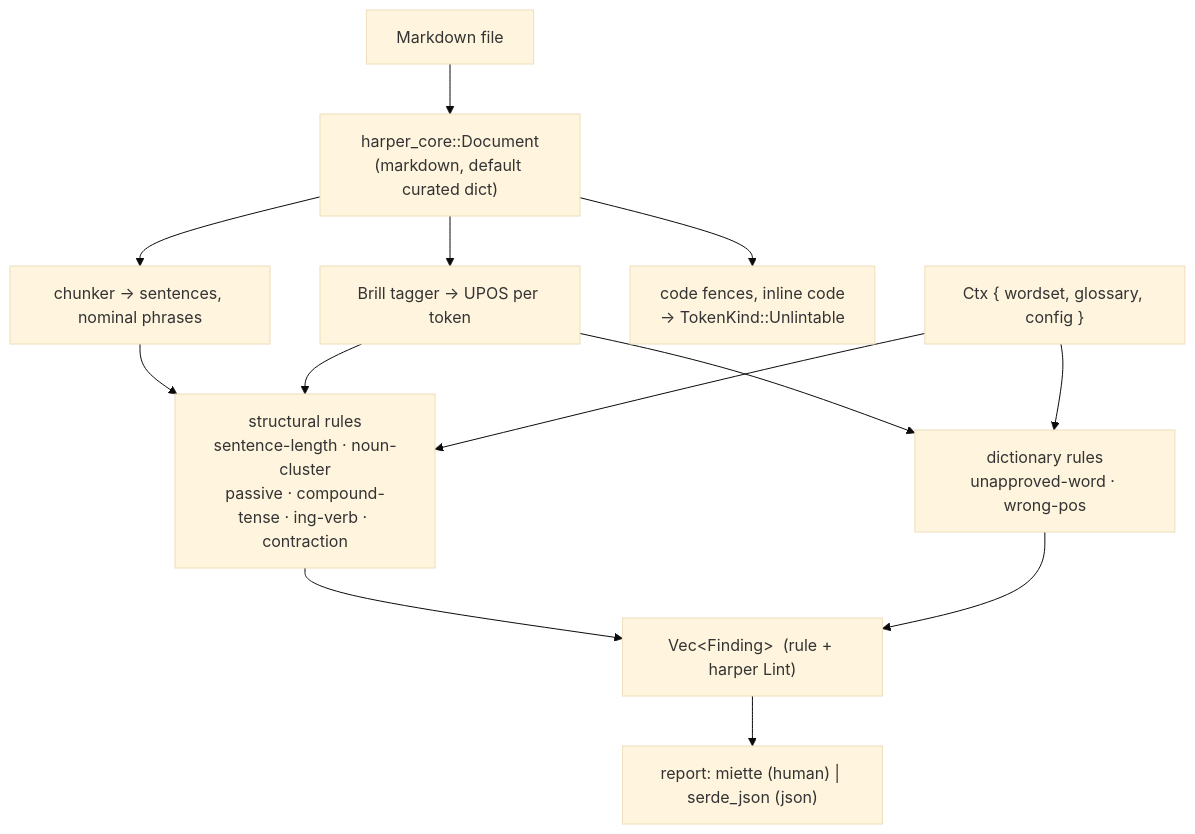
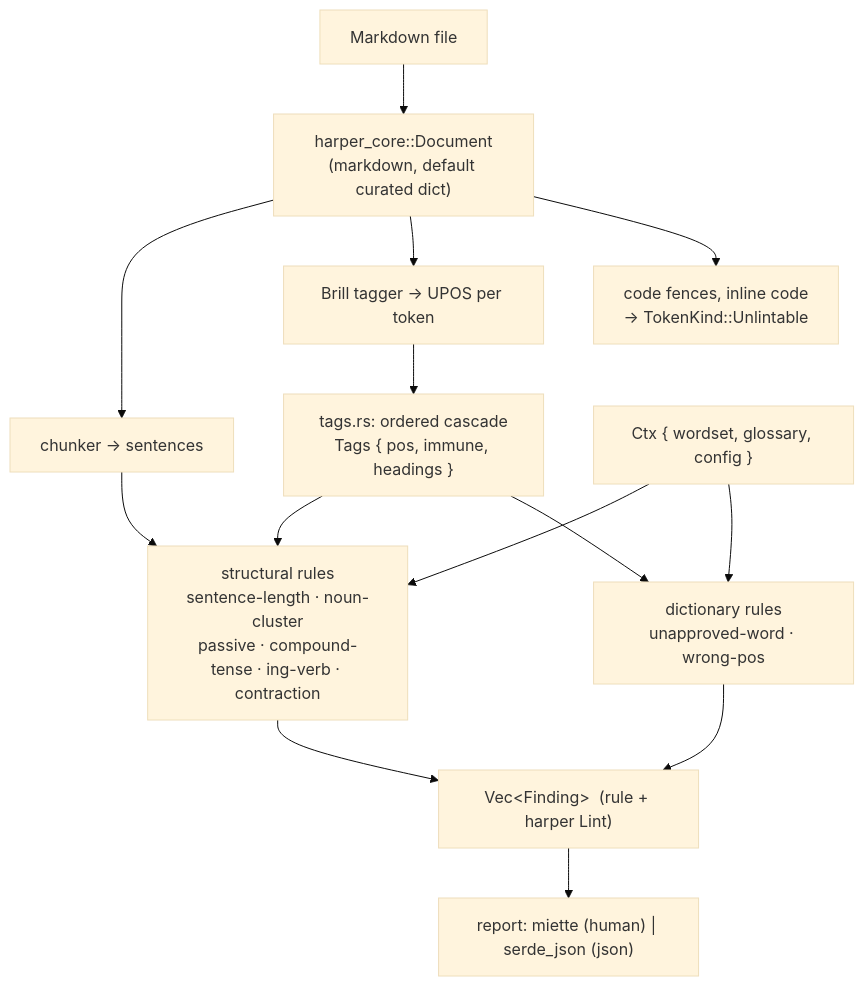
Before and after one commit to valeratrades/ste_checker: the diagram in docs/ARCHITECTURE.md, drawn with Mermaid (base theme). The commit also changed other lines of this file and 11 other files, not shown here.

First line of the commit message:
feat(tags): ordered disambiguation cascade and lemma fallback

````diff
--- a/docs/ARCHITECTURE.md
+++ b/docs/ARCHITECTURE.md
@@ -3,26 +3,28 @@
 ```mermaid
 flowchart TD
     MD["Markdown file"]
     DOC["harper_core::Document<br/>(markdown, default curated dict)"]
     UNL["code fences, inline code<br/>→ TokenKind::Unlintable"]
     POS["Brill tagger → UPOS per token"]
-    CHK["chunker → sentences, nominal phrases"]
+    CHK["chunker → sentences"]
+    TAG["tags.rs: ordered cascade<br/>Tags { pos, immune, headings }"]
     CTX["Ctx { wordset, glossary, config }"]
     DICT["dictionary rules<br/>unapproved-word · wrong-pos"]
     STRUCT["structural rules<br/>sentence-length · noun-cluster<br/>passive · compound-tense · ing-verb · contraction"]
     OUT["Vec&lt;Finding&gt;  (rule + harper Lint)"]
     REP["report: miette (human) | serde_json (json)"]
 
     MD --> DOC
     DOC --> UNL
     DOC --> POS
     DOC --> CHK
-    POS --> DICT
-    POS --> STRUCT
+    POS --> TAG
+    TAG --> DICT
+    TAG --> STRUCT
     CHK --> STRUCT
     CTX --> DICT
     CTX --> STRUCT
     DICT --> OUT
     STRUCT --> OUT
     OUT --> REP
 ```
````
